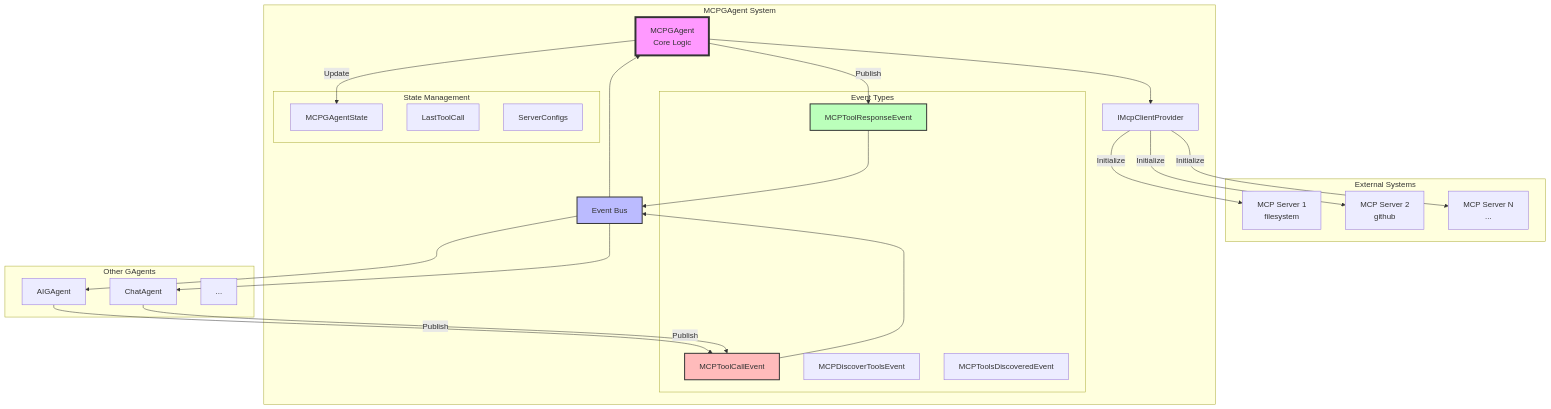
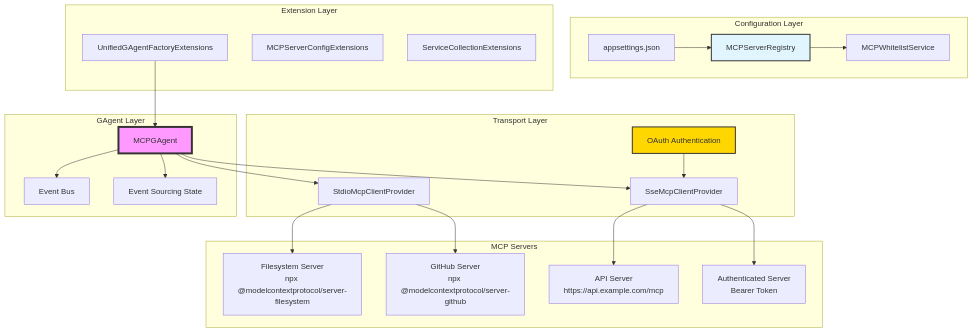
The diagram in gagents/src/Aevatar.GAgents.MCP/README.md (aevatarAI/aevatar-station), drawn with Mermaid before and after one commit. The commit also changed other lines of this file and 211 other files, not shown here.

First line of the commit message:
Migrate PR #144: Whitelist mcp servers and fix A...

````diff
--- a/gagents/src/Aevatar.GAgents.MCP/README.md
+++ b/gagents/src/Aevatar.GAgents.MCP/README.md
@@ -35,53 +23,51 @@
 ```mermaid
 graph TB
-    subgraph "External Systems"
-        MCP1[MCP Server 1<br/>filesystem]
-        MCP2[MCP Server 2<br/>github]
-        MCP3[MCP Server N<br/>...]
+    subgraph "Configuration Layer"
+        Config[appsettings.json]
+        Registry[MCPServerRegistry]
+        Whitelist[MCPWhitelistService]
     end
     
-    subgraph "MCPGAgent System"
-        MCPGAgent[MCPGAgent<br/>Core Logic]
-        EventBus[Event Bus]
-        ClientProvider[IMcpClientProvider]
-        
-        subgraph "Event Types"
-            ToolCall[MCPToolCallEvent]
-            ToolResponse[MCPToolResponseEvent]
-            Discover[MCPDiscoverToolsEvent]
-            Discovered[MCPToolsDiscoveredEvent]
-        end
-        
-        subgraph "State Management"
-            MCPState[MCPGAgentState]
-            LastCall[LastToolCall]
-            ServerConfigs[ServerConfigs]
-        end
+    subgraph "Extension Layer"
+        UnifiedExt[UnifiedGAgentFactoryExtensions]
+        ConfigExt[MCPServerConfigExtensions]
+        ServiceExt[ServiceCollectionExtensions]
     end
     
-    subgraph "Other GAgents"
-        Agent1[AIGAgent]
-        Agent2[ChatAgent]
-        AgentN[...]
+    subgraph "Transport Layer"
+        StdioProvider[StdioMcpClientProvider]
+        SseProvider[SseMcpClientProvider]
+        OAuth[OAuth Authentication]
+    end
+    
+    subgraph "MCP Servers"
+        Stdio1[Filesystem Server<br/>npx @modelcontextprotocol/server-filesystem]
+        Stdio2[GitHub Server<br/>npx @modelcontextprotocol/server-github]
+        Http1[API Server<br/>https://api.example.com/mcp]
+        Http2[Authenticated Server<br/>Bearer Token]
+    end
+    
+    subgraph "GAgent Layer"
+        MCPGAgent[MCPGAgent]
+        EventBus[Event Bus]
+        State[Event Sourcing State]
     end
     
     %% Connections
-    Agent1 -->|Publish| ToolCall
-    Agent2 -->|Publish| ToolCall
-    ToolCall --> EventBus
-    EventBus --> MCPGAgent
-    MCPGAgent --> ClientProvider
-    ClientProvider -->|Initialize| MCP1
-    ClientProvider -->|Initialize| MCP2
-    ClientProvider -->|Initialize| MCP3
-    MCPGAgent -->|Update| MCPState
-    MCPGAgent -->|Publish| ToolResponse
-    ToolResponse --> EventBus
-    EventBus --> Agent1
-    EventBus --> Agent2
+    Config --> Registry
+    Registry --> Whitelist
+    UnifiedExt --> MCPGAgent
+    StdioProvider --> Stdio1
+    StdioProvider --> Stdio2
+    SseProvider --> Http1
+    SseProvider --> Http2
+    OAuth --> SseProvider
+    MCPGAgent --> StdioProvider
+    MCPGAgent --> SseProvider
+    MCPGAgent --> EventBus
+    MCPGAgent --> State
     
     style MCPGAgent fill:#f9f,stroke:#333,stroke-width:4px
-    style EventBus fill:#bbf,stroke:#333,stroke-width:2px
-    style ToolCall fill:#fbb,stroke:#333,stroke-width:2px
-    style ToolResponse fill:#bfb,stroke:#333,stroke-width:2px
+    style OAuth fill:#ffd700,stroke:#333,stroke-width:2px
+    style Registry fill:#e1f5fe,stroke:#333,stroke-width:2px
 ```
````
